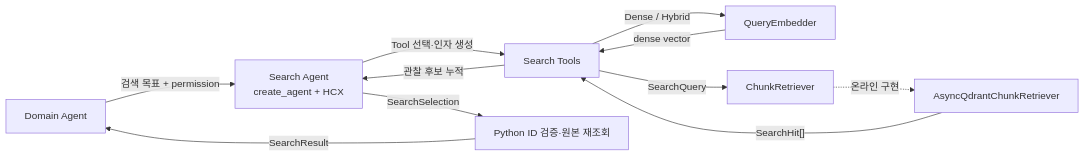
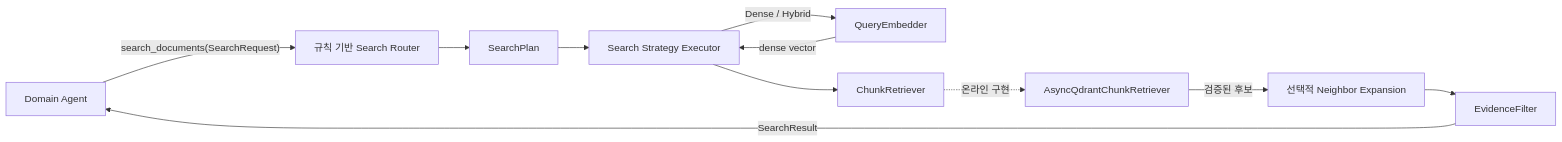
Before and after one commit to nayeon653/-ace3: the diagram in docs/retrieval/qdrant-search-functions.md, drawn with Mermaid. The commit also changed other lines of this file and 3 other files, not shown here.

````diff
--- a/docs/retrieval/qdrant-search-functions.md
+++ b/docs/retrieval/qdrant-search-functions.md
@@ -52,13 +32,13 @@
 ```mermaid
 flowchart LR
-    D["Domain Agent"] -->|"검색 목표 + permission"| S["Search Agent<br/>create_agent + HCX"]
-    S -->|"Tool 선택·인자 생성"| T["Search Tools"]
-    T -->|"Dense / Hybrid"| E["QueryEmbedder"]
-    E -->|"dense vector"| T
-    T -->|"SearchQuery"| B["ChunkRetriever"]
+    D["Domain Agent"] -->|"search_documents(SearchRequest)"| R["규칙 기반 Search Router"]
+    R --> P["SearchPlan"]
+    P --> X["Search Strategy Executor"]
+    X -->|"Dense / Hybrid"| E["QueryEmbedder"]
+    E -->|"dense vector"| X
+    X --> B["ChunkRetriever"]
     B -. "온라인 구현" .-> Q["AsyncQdrantChunkRetriever"]
-    Q -->|"SearchHit[]"| T
-    T -->|"관찰 후보 누적"| S
-    S -->|"SearchSelection"| V["Python ID 검증·원본 재조회"]
-    V -->|"SearchResult"| D
+    Q -->|"검증된 후보"| N["선택적 Neighbor Expansion"]
+    N --> F["EvidenceFilter"]
+    F -->|"SearchResult"| D
 ```
````
